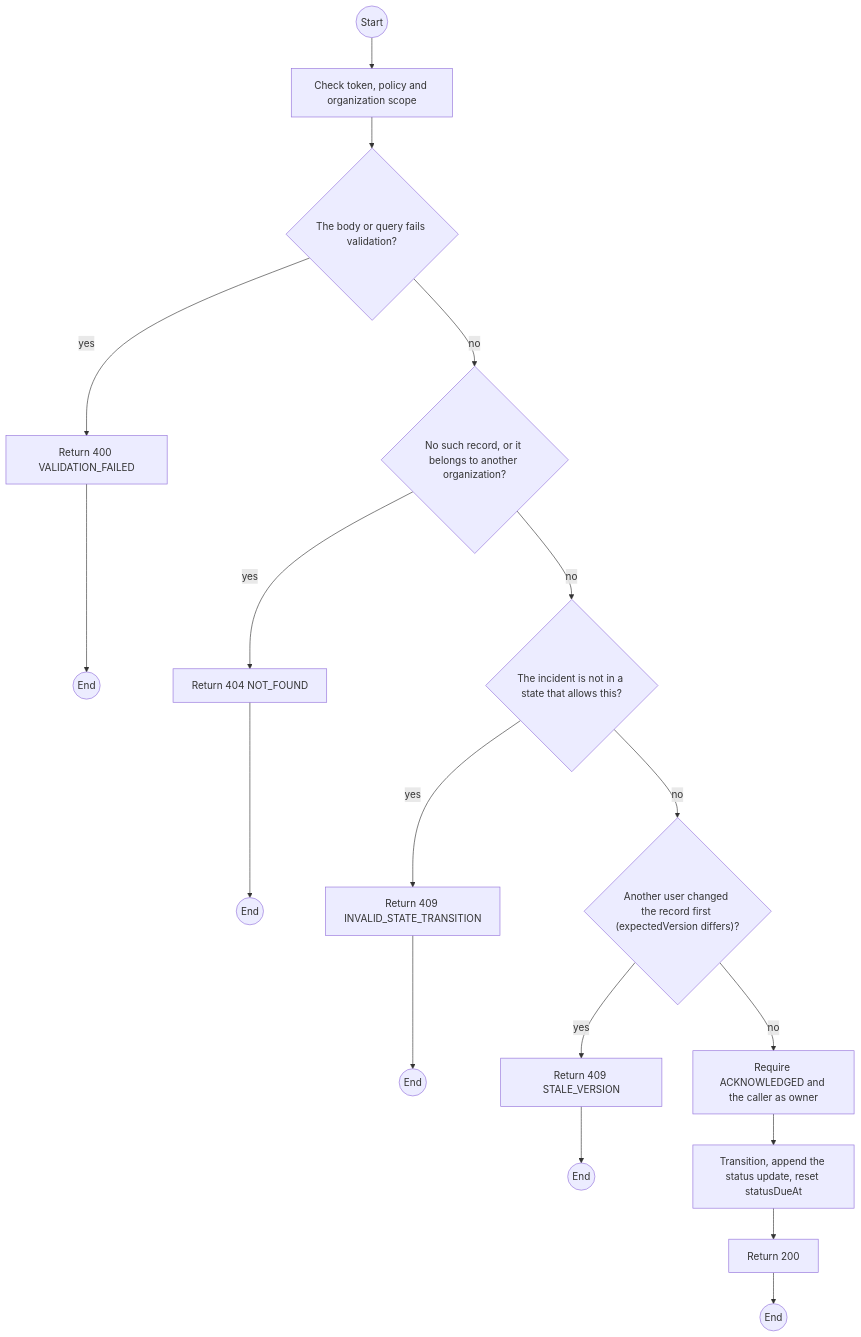
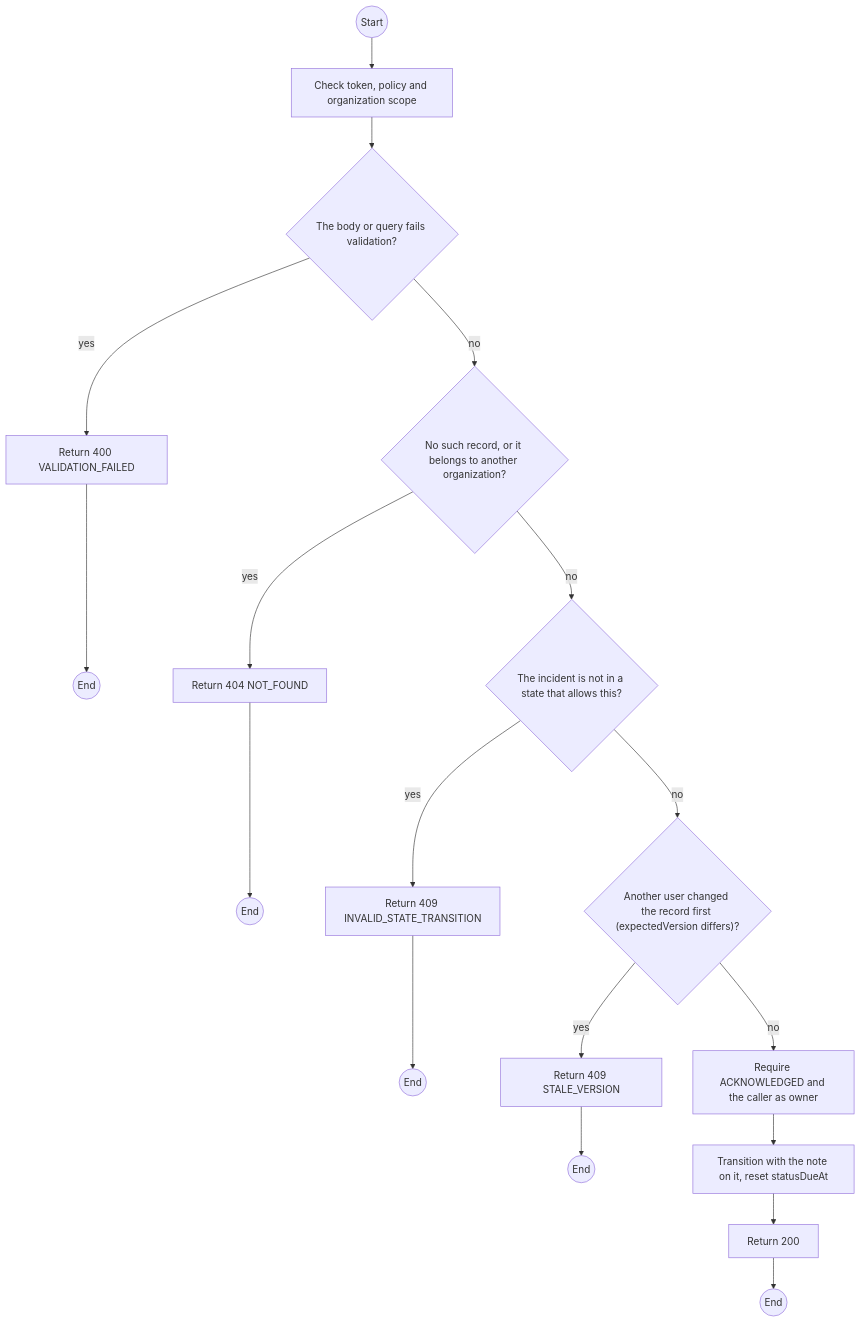
Before and after one commit to TrekLink-Team/treklink-web: the first of 2 diagrams in specs/incidents/api-design/04-post-incidents-id-responding.md, drawn with Mermaid. The commit also changed other lines of this file and 7 other files, not shown here.

First line of the commit message:
docs: match the incidents api-design 03 to 08 sequences to the code

````diff
--- a/specs/incidents/api-design/04-post-incidents-id-responding.md
+++ b/specs/incidents/api-design/04-post-incidents-id-responding.md
@@ -212,33 +212,33 @@
 ```mermaid
 flowchart TB
     S((Start))
     A0["Check token, policy and organization scope"]
     S --> A0
     D1{"The body or query fails validation?"}
     A0 --> D1
     E1["Return 400 VALIDATION_FAILED"]
     D1 -->|yes| E1
     E1 --> X1((End))
     D2{"No such record, or it belongs to another organization?"}
     D1 -->|no| D2
     E2["Return 404 NOT_FOUND"]
     D2 -->|yes| E2
     E2 --> X2((End))
     D3{"The incident is not in a state that allows this?"}
     D2 -->|no| D3
     E3["Return 409 INVALID_STATE_TRANSITION"]
     D3 -->|yes| E3
     E3 --> X3((End))
     D4{"Another user changed the record first (expectedVersion differs)?"}
     D3 -->|no| D4
     E4["Return 409 STALE_VERSION"]
     D4 -->|yes| E4
     E4 --> X4((End))
     P0["Require ACKNOWLEDGED and the caller as owner"]
     D4 -->|no| P0
-    P1["Transition, append the status update, reset statusDueAt"]
+    P1["Transition with the note on it, reset statusDueAt"]
     P0 --> P1
     OK["Return 200"]
     P1 --> OK
     OK --> Z((End))
 ```
````
